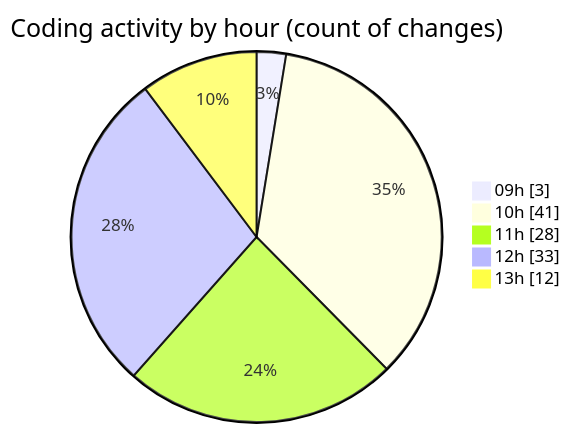
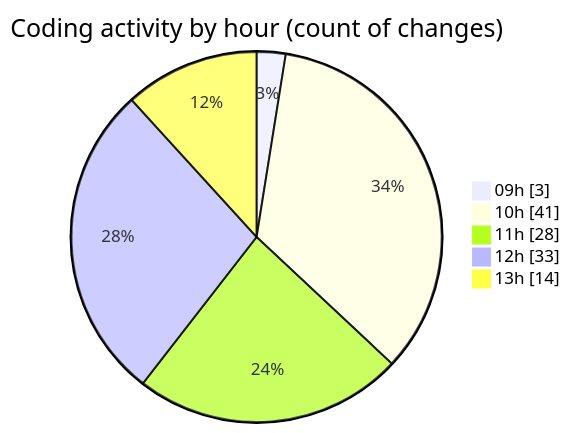
Before and after one commit to CELIANVF/code-tracking: the second of 2 diagrams in 2025-05-19/ecodeli-1/README.md, drawn with Mermaid. The commit also changed other lines of this file and 1 other file, not shown here.

````diff
--- a/2025-05-19/ecodeli-1/README.md
+++ b/2025-05-19/ecodeli-1/README.md
@@ -63,9 +64,9 @@
 ```mermaid
 pie showData
 title Coding activity by hour (count of changes)
 "09h" : 3
 "10h" : 41
 "11h" : 28
 "12h" : 33
-"13h" : 12
+"13h" : 14
 ```
````
